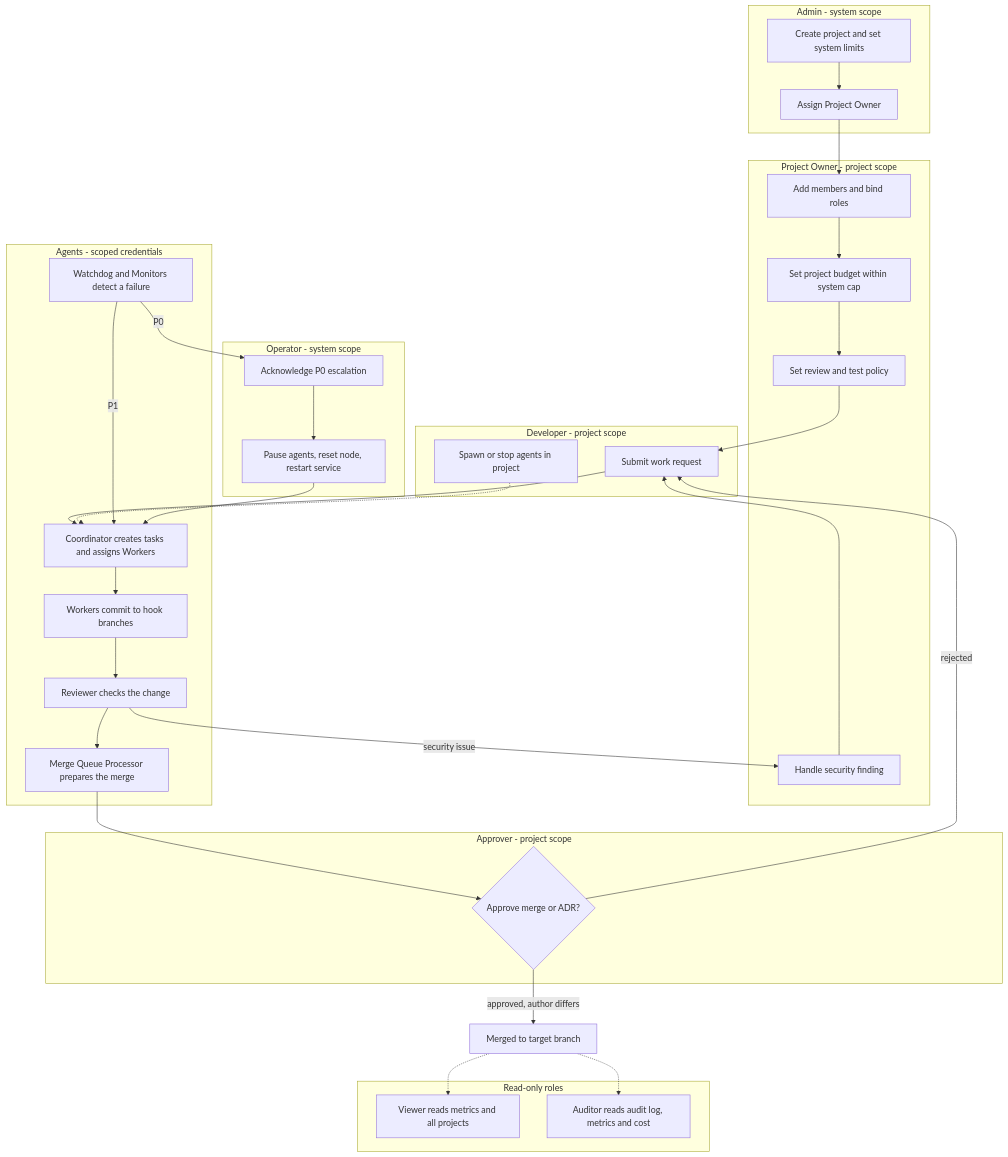
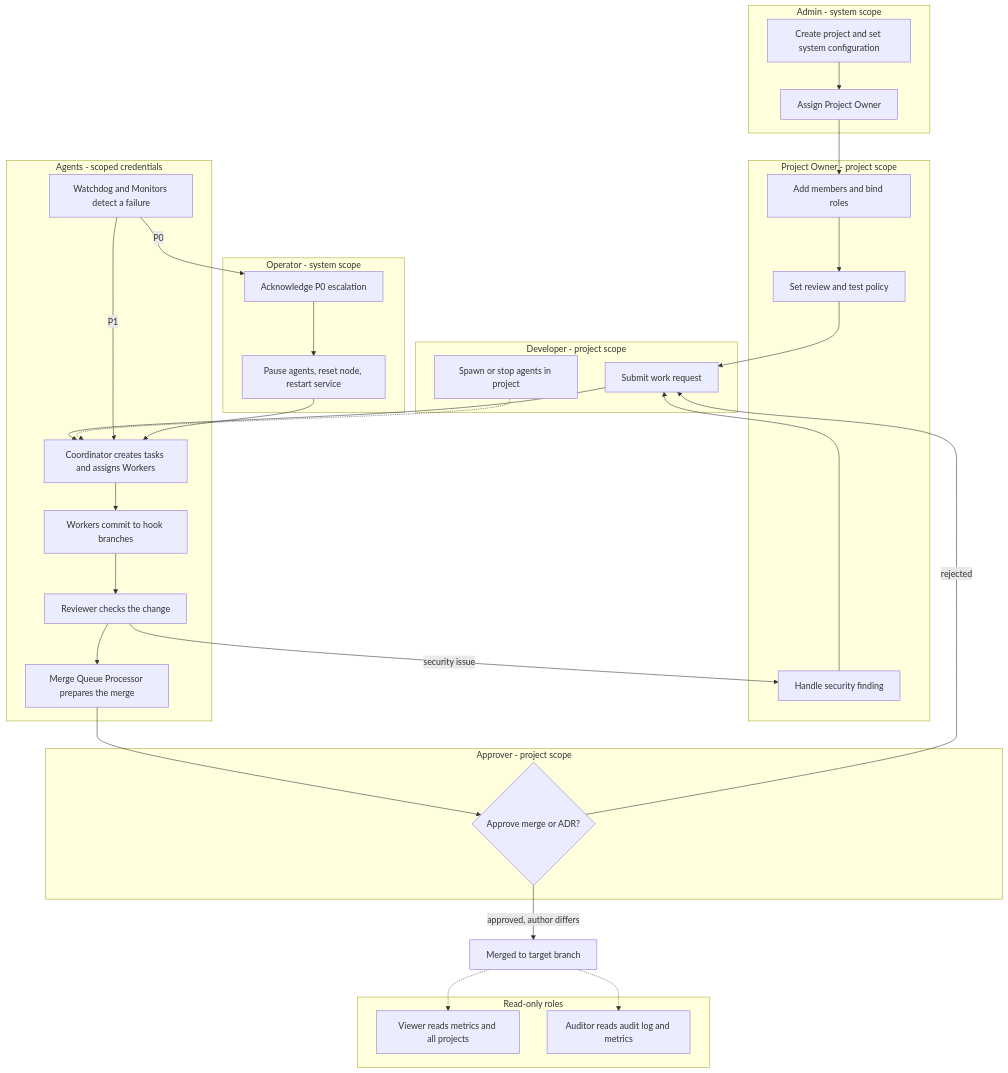
The diagram in umas/TECHNICAL-DESIGN-SPEC.md (plaktoz/agentzero-v2-dev), drawn with Mermaid before and after one commit. The commit also changed other lines of this file and 36 other files, not shown here.

````diff
--- a/umas/TECHNICAL-DESIGN-SPEC.md
+++ b/umas/TECHNICAL-DESIGN-SPEC.md
@@ -1575,54 +1564,53 @@
 ```mermaid
 flowchart TB
     subgraph ADM["Admin - system scope"]
-        A1["Create project and set system limits"]
+        A1["Create project and set system configuration"]
         A2["Assign Project Owner"]
     end
 
     subgraph OWN["Project Owner - project scope"]
         O1["Add members and bind roles"]
-        O2["Set project budget within system cap"]
         O3["Set review and test policy"]
         O4["Handle security finding"]
     end
 
     subgraph DEV["Developer - project scope"]
         D1["Submit work request"]
         D2["Spawn or stop agents in project"]
     end
 
     subgraph AGT["Agents - scoped credentials"]
         G1["Coordinator creates tasks and assigns Workers"]
         G2["Workers commit to hook branches"]
         G3["Reviewer checks the change"]
         G4["Merge Queue Processor prepares the merge"]
         G5["Watchdog and Monitors detect a failure"]
     end
 
     subgraph APR["Approver - project scope"]
         P1{"Approve merge or ADR?"}
     end
 
     subgraph OPS["Operator - system scope"]
         X1["Acknowledge P0 escalation"]
         X2["Pause agents, reset node, restart service"]
     end
 
     subgraph RO["Read-only roles"]
         V1["Viewer reads metrics and all projects"]
-        U1["Auditor reads audit log, metrics and cost"]
+        U1["Auditor reads audit log and metrics"]
     end
 
-    A1 --> A2 --> O1 --> O2 --> O3
+    A1 --> A2 --> O1 --> O3
     O3 --> D1 --> G1 --> G2 --> G3 --> G4 --> P1
     D2 -.-> G1
     P1 -- "approved, author differs" --> M["Merged to target branch"]
     P1 -- "rejected" --> D1
     G3 -- "security issue" --> O4
     O4 --> D1
     G5 -- "P0" --> X1
     G5 -- "P1" --> G1
     X1 --> X2 --> G1
     M -.-> V1
     M -.-> U1
 ```
````
